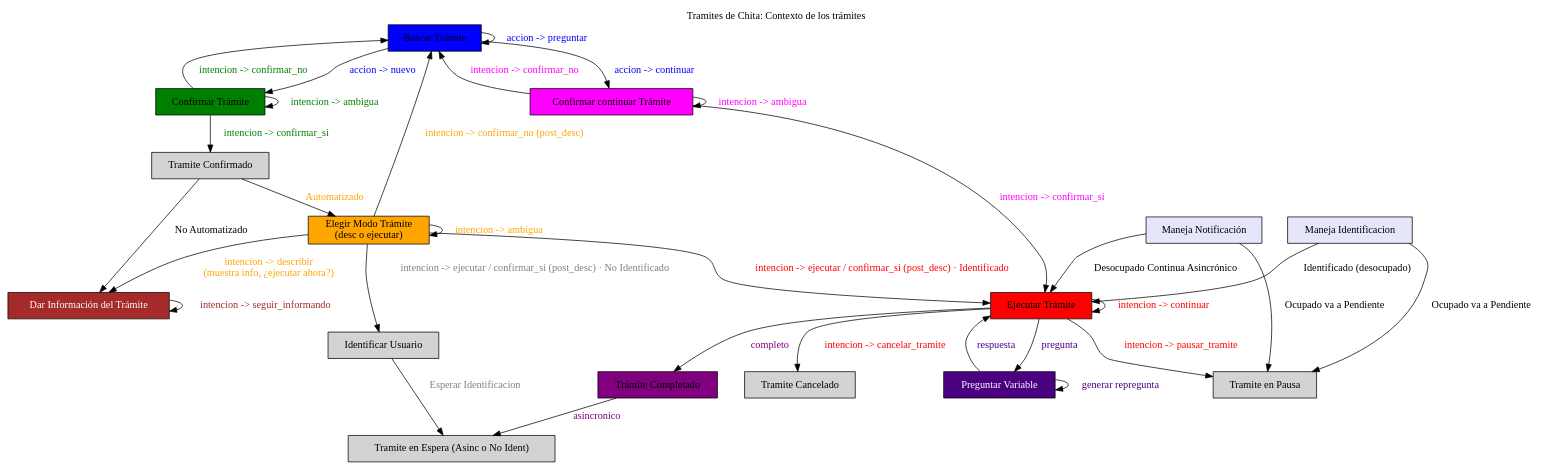
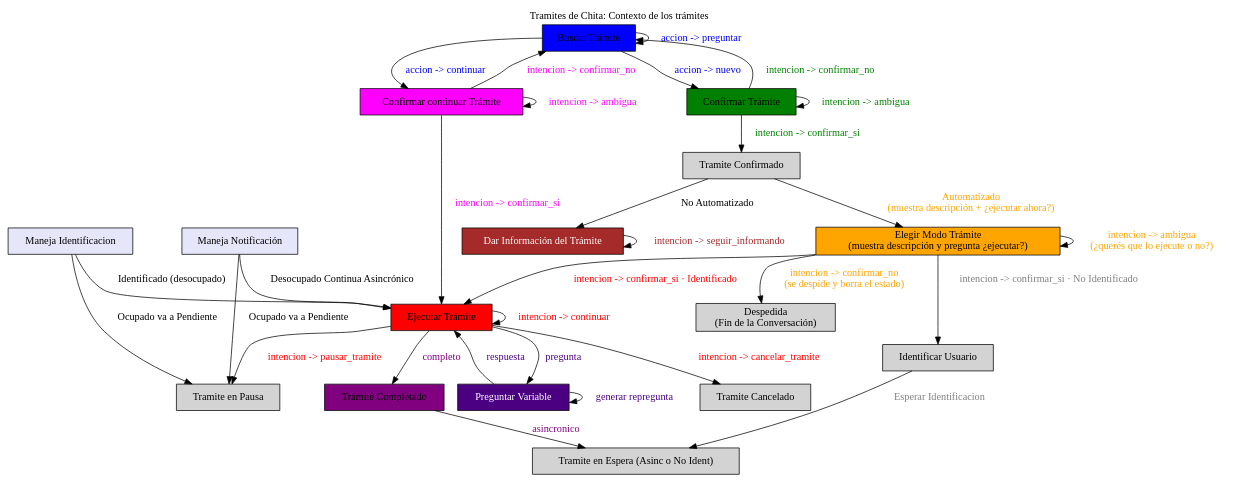
The diagram in fasesllm.dot (vaucheret/cheetha), drawn with Graphviz before and after one commit. The commit also changed 4 other files, not shown here.

```diff
--- a/fasesllm.dot
+++ b/fasesllm.dot
@@ -1,65 +1,65 @@
 digraph chat_assistant {
     rankdir=TB;
     labelloc="t";
     label="Tramites de Chita: Contexto de los trámites";
 
     node [shape=box, style=filled];
     
     // Fases existentes
     buscar_tramite [label="Buscar Trámite" shape=box fillcolor=blue];
     confirmar_continuar_tramite [label="Confirmar continuar Trámite" shape=box fillcolor=magenta];
     confirmar_tramite [label="Confirmar Trámite" shape=box fillcolor=green];
     ejecutar_tramite [label="Ejecutar Trámite" shape=box fillcolor=red];
     informar_tramite [label="Dar Información del Trámite" shape=box fillcolor=brown,fontcolor=white];
     tramite_completado [label="Trámite Completado" shape=box fillcolor=purple ];
     preguntar_variable [label="Preguntar Variable" shape=box fillcolor=indigo,fontcolor=white];
     tramite_confirmado [label="Tramite Confirmado" shape=box];
-    elegir_modo_tramite [label="Elegir Modo Trámite\n(desc o ejecutar)" shape=box fillcolor=orange];
+    elegir_modo_tramite [label="Elegir Modo Trámite\n(muestra descripción y pregunta ¿ejecutar?)" shape=box fillcolor=orange];
     identificar_usuario [label="Identificar Usuario" shape=box];
     en_pausa [label="Tramite en Pausa" shape=box ];
     en_espera [label="Tramite en Espera (Asinc o No Ident)" ];
     cancelado [label="Tramite Cancelado" shape=box ];
+    fin_conversacion [label="Despedida\n(Fin de la Conversación)" shape=box ];
     handler_notificacion [label="Maneja Notificación" shape=box fillcolor=lavender];
     handler_identificacion [label="Maneja Identificacion" shape=box fillcolor=lavender];
     // Transiciones
 
     buscar_tramite -> confirmar_continuar_tramite [label="accion -> continuar" fontcolor=blue];
     buscar_tramite -> confirmar_tramite [label="accion -> nuevo" fontcolor=blue];
     buscar_tramite -> buscar_tramite [label="accion -> preguntar" fontcolor=blue];
     
     confirmar_tramite -> tramite_confirmado [label="intencion -> confirmar_si" fontcolor=green];
 
-    tramite_confirmado -> elegir_modo_tramite [label="Automatizado" fontcolor=orange];
+    tramite_confirmado -> elegir_modo_tramite [label="Automatizado\n(muestra descripción + ¿ejecutar ahora?)" fontcolor=orange];
     tramite_confirmado -> informar_tramite [label="No Automatizado" fontcolor=black ];
 
-    elegir_modo_tramite -> informar_tramite [label="intencion -> describir\n(muestra info, ¿ejecutar ahora?)" fontcolor=orange];
-    elegir_modo_tramite -> elegir_modo_tramite [label="intencion -> ambigua" fontcolor=orange];
-    elegir_modo_tramite -> ejecutar_tramite [label="intencion -> ejecutar / confirmar_si (post_desc) · Identificado" fontcolor=red];
-    elegir_modo_tramite -> identificar_usuario [label="intencion -> ejecutar / confirmar_si (post_desc) · No Identificado" fontcolor=gray];
-    elegir_modo_tramite -> buscar_tramite [label="intencion -> confirmar_no (post_desc)" fontcolor=orange];
+    elegir_modo_tramite -> elegir_modo_tramite [label="intencion -> ambigua\n(¿querés que lo ejecute o no?)" fontcolor=orange];
+    elegir_modo_tramite -> ejecutar_tramite [label="intencion -> confirmar_si · Identificado" fontcolor=red];
+    elegir_modo_tramite -> identificar_usuario [label="intencion -> confirmar_si · No Identificado" fontcolor=gray];
+    elegir_modo_tramite -> fin_conversacion [label="intencion -> confirmar_no\n(se despide y borra el estado)" fontcolor=orange];
 
     identificar_usuario -> en_espera [label="Esperar Identificacion" fontcolor=gray ];
     informar_tramite -> informar_tramite [label="intencion -> seguir_informando" fontcolor=brown ];
 
     confirmar_tramite -> buscar_tramite [label="intencion -> confirmar_no" fontcolor=green];
     confirmar_tramite -> confirmar_tramite [label="intencion -> ambigua" fontcolor=green];
     
     confirmar_continuar_tramite -> ejecutar_tramite [label="intencion -> confirmar_si" fontcolor=magenta];
     confirmar_continuar_tramite -> buscar_tramite [label="intencion -> confirmar_no" fontcolor=magenta];
     confirmar_continuar_tramite -> confirmar_continuar_tramite [label="intencion -> ambigua" fontcolor=magenta];
 
     ejecutar_tramite -> en_pausa [label="intencion -> pausar_tramite" fontcolor=red];
     ejecutar_tramite -> cancelado [label="intencion -> cancelar_tramite" fontcolor=red];
     ejecutar_tramite -> ejecutar_tramite [label="intencion -> continuar" fontcolor=red];
     ejecutar_tramite -> tramite_completado [label="completo" fontcolor=purple];
     ejecutar_tramite -> preguntar_variable [label="pregunta" fontcolor=indigo ];
     preguntar_variable -> preguntar_variable [label="generar repregunta" fontcolor=indigo];
     preguntar_variable -> ejecutar_tramite [label="respuesta" fontcolor=indigo];
 
     tramite_completado -> en_espera [label="asincronico" fontcolor=purple] ;
 
     handler_identificacion -> ejecutar_tramite [label="Identificado (desocupado)" fontcolor=black] ;
     handler_identificacion -> en_pausa [label="Ocupado va a Pendiente" fontcolor=black];
     handler_notificacion -> ejecutar_tramite [label="Desocupado Continua Asincrónico" fontcolor=black];
     handler_notificacion -> en_pausa [label="Ocupado va a Pendiente" fontcolor=black];
 }
```
